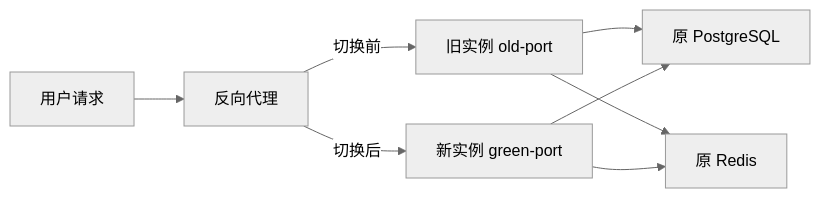
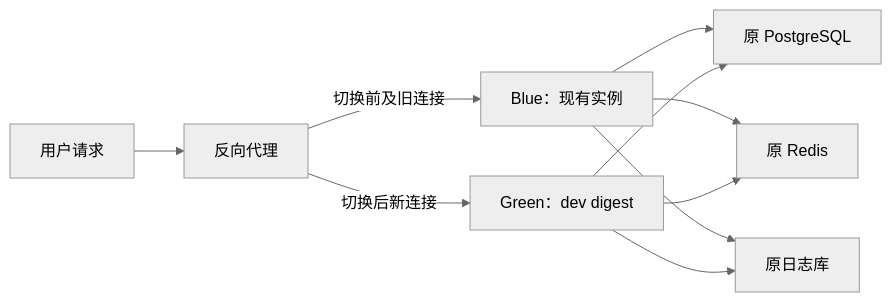
The diagram in docs/dev-blue-green-deployment-plan.md (wangzheuser/new-api), drawn with Mermaid (neutral theme) before and after one commit. The commit also changed other lines of this file and 2 other files, not shown here.

````diff
--- a/docs/dev-blue-green-deployment-plan.md
+++ b/docs/dev-blue-green-deployment-plan.md
@@ -37,10 +70,12 @@
 ```mermaid
 flowchart LR
-    U[用户请求] --> N[反向代理]
-    N -->|切换前| B[旧实例 old-port]
-    N -->|切换后| G[新实例 green-port]
-    B --> DB[原 PostgreSQL]
+    U["用户请求"] --> P["反向代理"]
+    P -->|"切换前及旧连接"| B["Blue：现有实例"]
+    P -->|"切换后新连接"| G["Green：dev digest"]
+    B --> DB["原 PostgreSQL"]
     G --> DB
-    B --> R[原 Redis]
+    B --> R["原 Redis"]
     G --> R
+    B --> L["原日志库"]
+    G --> L
 ```
````
